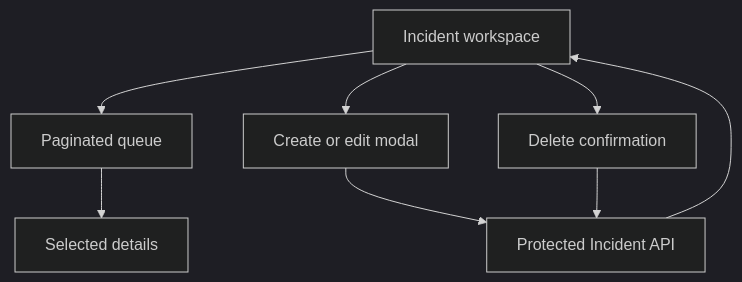
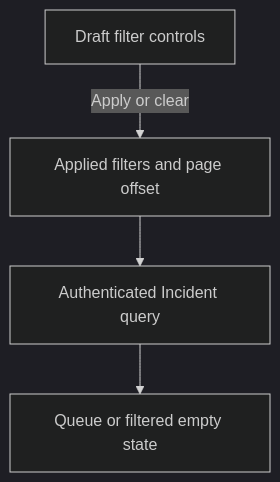
One commit to AJooujee/Software_Engineering_Career_Projects changed the third of 3 diagrams in cloud-deployed-full-stack-system/docs/architecture.md. Above: the diagram before and after it, drawn with Mermaid (dark theme). The commit also changed other lines of this file and 34 other files, not shown here.

````diff
--- a/cloud-deployed-full-stack-system/docs/architecture.md
+++ b/cloud-deployed-full-stack-system/docs/architecture.md
@@ -548,17 +424,11 @@
 ```mermaid
 flowchart TD
-    Page["Incident workspace"]
-    List["Paginated queue"]
-    Detail["Selected details"]
-    Form["Create or edit modal"]
-    Delete["Delete confirmation"]
-    API["Protected Incident API"]
+    Draft["Draft filter controls"]
+    Applied["Applied filters and page offset"]
+    API["Authenticated Incident query"]
+    Results["Queue or filtered empty state"]
 
-    Page --> List
-    List --> Detail
-    Page --> Form
-    Page --> Delete
-    Form --> API
-    Delete --> API
-    API --> Page
+    Draft -->|Apply or clear| Applied
+    Applied --> API
+    API --> Results
 ```
````
